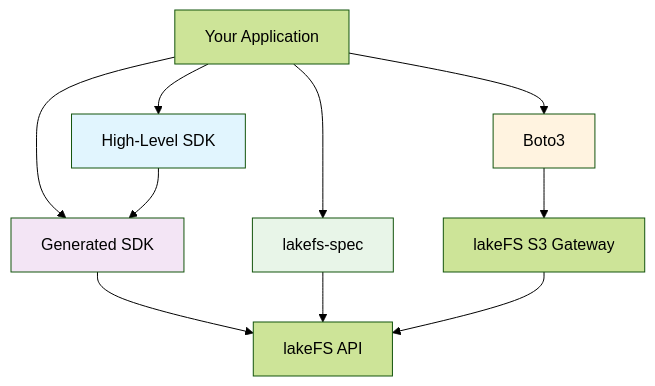
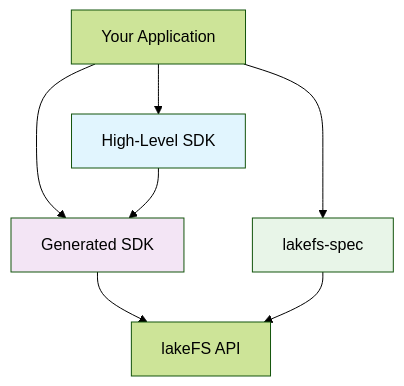
The diagram in docs/src/integrations/python/index.md (treeverse/lakeFS), drawn with Mermaid (forest theme) before and after one commit. The commit also changed other lines of this file and 1 other file, not shown here.

Commit message:
remove boto3 from sdk comparison

````diff
--- a/docs/src/integrations/python/index.md
+++ b/docs/src/integrations/python/index.md
@@ -23,18 +23,14 @@
 ```mermaid
 graph TD
     A[Your Application] --> B[High-Level SDK]
     A --> C[Generated SDK]
     A --> D[lakefs-spec]
-    A --> E[Boto3]
     
     B --> C
     C --> F[lakeFS API]
     D --> F
-    E --> G[lakeFS S3 Gateway]
-    G --> F
     
     style B fill:#e1f5fe
     style C fill:#f3e5f5
     style D fill:#e8f5e8
-    style E fill:#fff3e0
 ```
````
